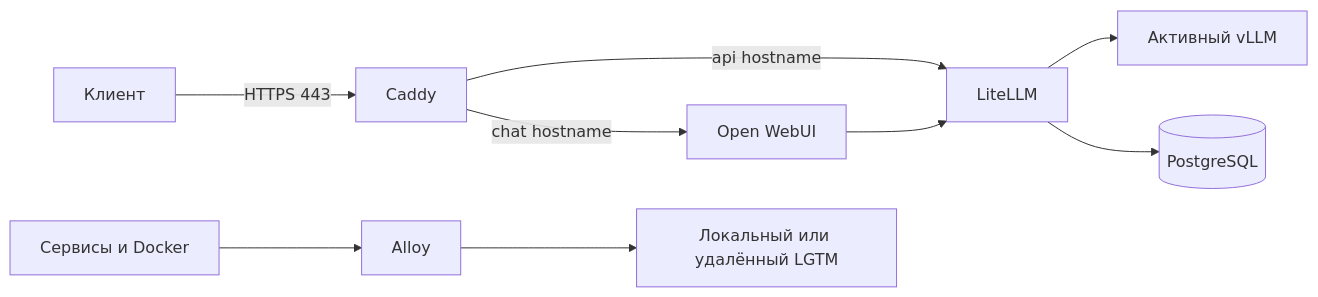
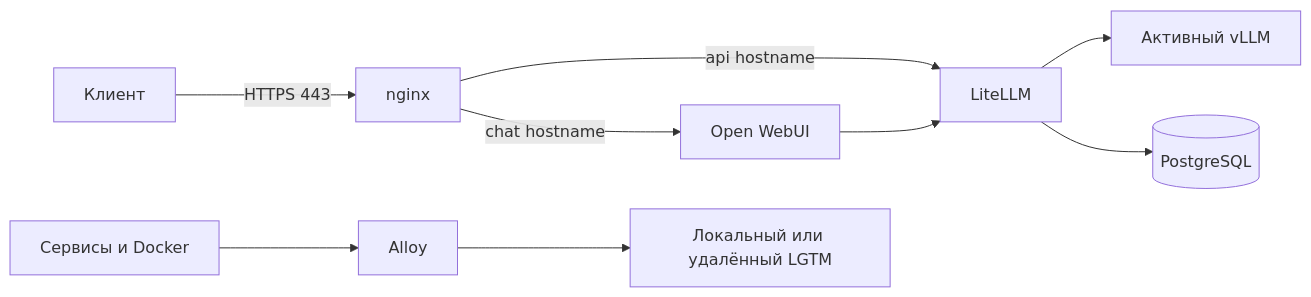
One commit to TheMrDJek/observable-vllm-stack changed the diagram in README.md. Above: the diagram before and after it, drawn with Mermaid. The commit also changed other lines of this file and 10 other files, not shown here.

````diff
--- a/README.md
+++ b/README.md
@@ -5,11 +5,11 @@
 ```mermaid
 flowchart LR
-  client[Клиент] -->|"HTTPS 443"| caddy[Caddy]
-  caddy -->|"api hostname"| litellm[LiteLLM]
-  caddy -->|"chat hostname"| webui[Open WebUI]
+  client[Клиент] -->|"HTTPS 443"| nginx[nginx]
+  nginx -->|"api hostname"| litellm[LiteLLM]
+  nginx -->|"chat hostname"| webui[Open WebUI]
   webui --> litellm
   litellm --> vllm[Активный vLLM]
   litellm --> pg[(PostgreSQL)]
   services[Сервисы и Docker] --> alloy[Alloy]
   alloy --> lgtm[Локальный или удалённый LGTM]
 ```
````
